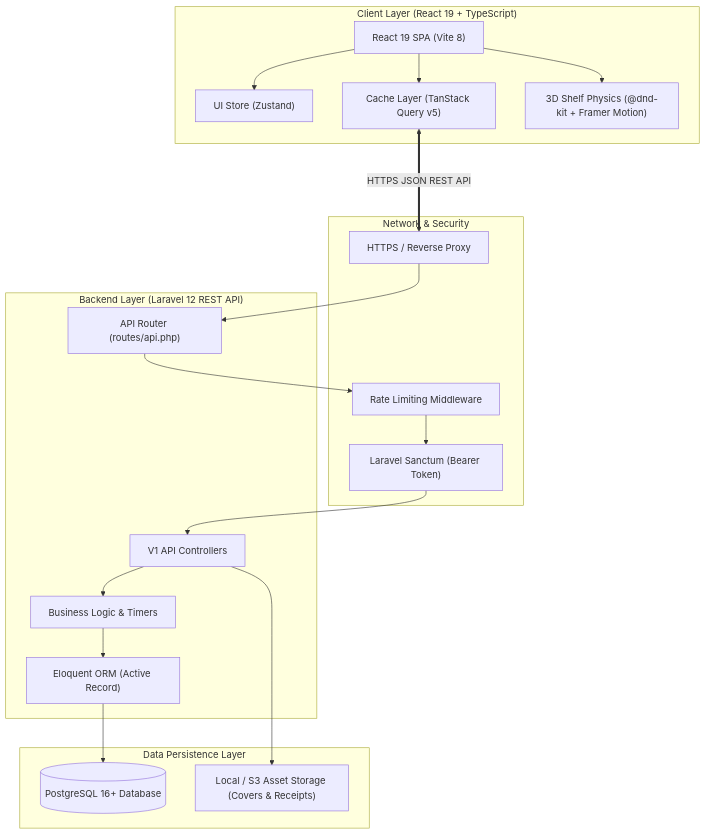
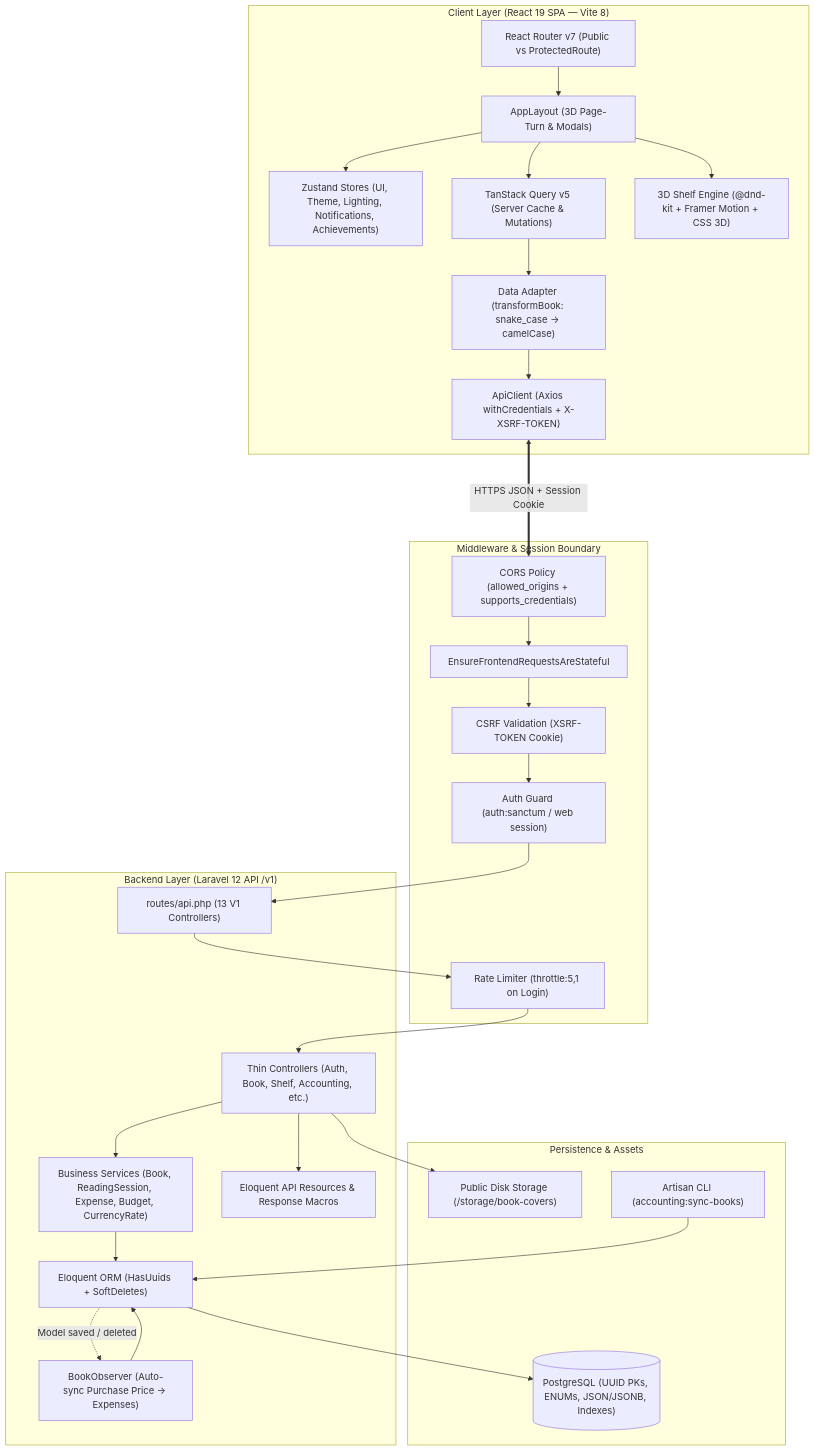
The first of 2 diagrams in docs/architecture/SYSTEM_ARCHITECTURE.md (Alfiansyahp2/mybookshelf), drawn with Mermaid before and after one commit. The commit also changed other lines of this file and 10 other files, not shown here.

````diff
--- a/docs/architecture/SYSTEM_ARCHITECTURE.md
+++ b/docs/architecture/SYSTEM_ARCHITECTURE.md
@@ -12,43 +12,60 @@
 ```mermaid
 graph TD
-    subgraph ClientLayer ["Client Layer (React 19 + TypeScript)"]
-        UI["React 19 SPA (Vite 8)"]
-        ZustandStore["UI Store (Zustand)"]
-        QueryClient["Cache Layer (TanStack Query v5)"]
-        DNDEngine["3D Shelf Physics (@dnd-kit + Framer Motion)"]
-        
-        UI --> ZustandStore
-        UI --> QueryClient
-        UI --> DNDEngine
+    subgraph ClientLayer ["Client Layer (React 19 SPA — Vite 8)"]
+        RouterSPA["React Router v7 (Public vs ProtectedRoute)"]
+        AppShell["AppLayout (3D Page-Turn & Modals)"]
+        Zustand["Zustand Stores (UI, Theme, Lighting, Notifications, Achievements)"]
+        RQ["TanStack Query v5 (Server Cache & Mutations)"]
+        Adapter["Data Adapter (transformBook: snake_case -> camelCase)"]
+        Axios["ApiClient (Axios withCredentials + X-XSRF-TOKEN)"]
+        Shelf3D["3D Shelf Engine (@dnd-kit + Framer Motion + CSS 3D)"]
+
+        RouterSPA --> AppShell
+        AppShell --> Shelf3D
+        AppShell --> Zustand
+        AppShell --> RQ
+        RQ --> Adapter
+        Adapter --> Axios
     end
 
-    subgraph GatewayLayer ["Network & Security"]
-        HTTPS["HTTPS / Reverse Proxy"]
-        SanctumAuth["Laravel Sanctum (Bearer Token)"]
-        RateLimiter["Rate Limiting Middleware"]
+    subgraph SecurityLayer ["Middleware & Session Boundary"]
+        CORS["CORS Policy (allowed_origins + supports_credentials)"]
+        SanctumState["EnsureFrontendRequestsAreStateful"]
+        CSRF["CSRF Validation (XSRF-TOKEN Cookie)"]
+        SanctumGuard["Auth Guard (auth:sanctum / web session)"]
+        Throttle["Rate Limiter (throttle:5,1 on Login)"]
     end
 
-    subgraph ServerLayer ["Backend Layer (Laravel 12 REST API)"]
-        Router["API Router (routes/api.php)"]
-        Controllers["V1 API Controllers"]
-        Services["Business Logic & Timers"]
-        Eloquent["Eloquent ORM (Active Record)"]
-        
-        Router --> RateLimiter
-        RateLimiter --> SanctumAuth
-        SanctumAuth --> Controllers
+    subgraph BackendLayer ["Backend Layer (Laravel 12 API /v1)"]
+        ApiRoutes["routes/api.php (13 V1 Controllers)"]
+        Controllers["Thin Controllers (Auth, Book, Shelf, Accounting, etc.)"]
+        Services["Business Services (Book, ReadingSession, Expense, Budget, CurrencyRate)"]
+        Observer["BookObserver (Auto-sync Purchase Price -> Expenses)"]
+        Resources["Eloquent API Resources & Response Macros"]
+        Eloquent["Eloquent ORM (HasUuids + SoftDeletes)"]
+
+        ApiRoutes --> Throttle
+        Throttle --> Controllers
         Controllers --> Services
+        Controllers --> Resources
         Services --> Eloquent
+        Eloquent -.->|Model saved / deleted| Observer
+        Observer --> Eloquent
     end
 
-    subgraph DataLayer ["Data Persistence Layer"]
-        PostgreSQL[("PostgreSQL 16+ Database")]
-        StorageSystem["Local / S3 Asset Storage (Covers & Receipts)"]
-        
-        Eloquent --> PostgreSQL
-        Controllers --> StorageSystem
+    subgraph DataLayer ["Persistence & Assets"]
+        PG[("PostgreSQL (UUID PKs, ENUMs, JSON/JSONB, Indexes)")]
+        Storage["Public Disk Storage (/storage/book-covers)"]
+        CLI["Artisan CLI (accounting:sync-books)"]
+
+        Eloquent --> PG
+        Controllers --> Storage
+        CLI --> Eloquent
     end
 
-    QueryClient <===>|HTTPS JSON REST API| HTTPS
-    HTTPS --> Router
+    Axios <===>|HTTPS JSON + Session Cookie| CORS
+    CORS --> SanctumState
+    SanctumState --> CSRF
+    CSRF --> SanctumGuard
+    SanctumGuard --> ApiRoutes
 ```
````
